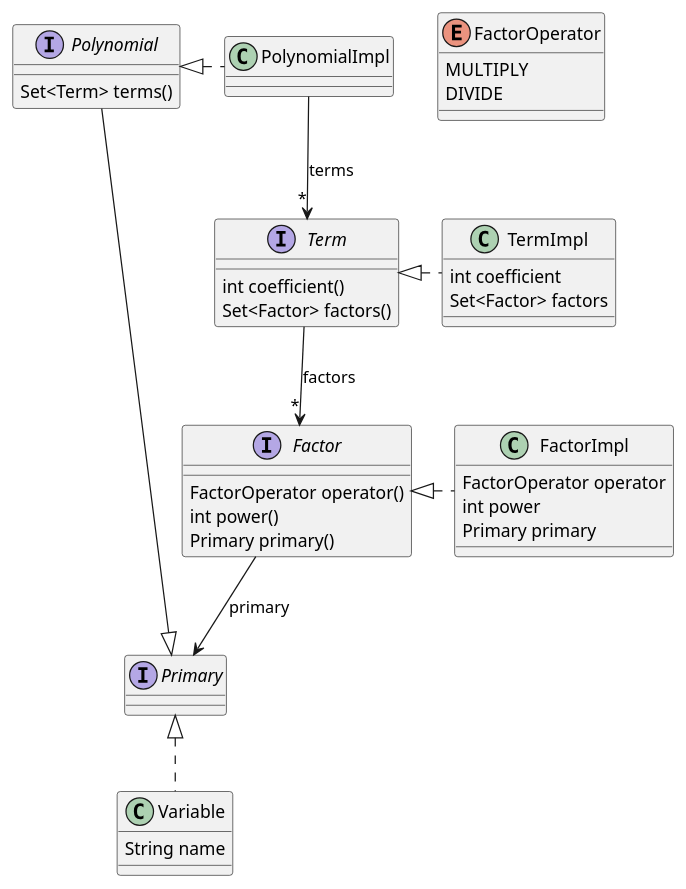
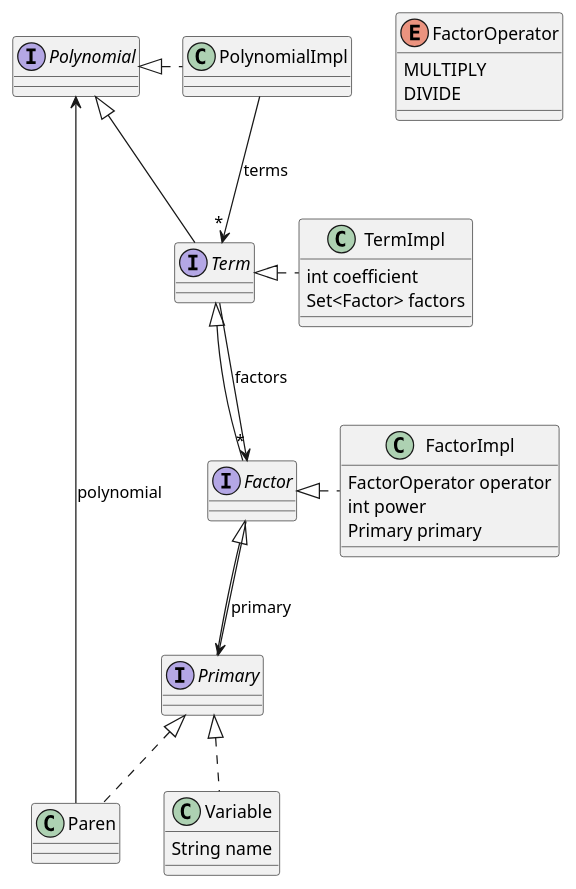
Before and after one commit to saka1029/form: the diagram in doc/classes2.plantuml, drawn with PlantUML. The commit also changed 8 other files, not shown here.

```diff
--- a/doc/classes2.plantuml
+++ b/doc/classes2.plantuml
@@ -1,40 +1,36 @@
 @startuml form
 enum FactorOperator {
     MULTIPLY
     DIVIDE
 }
-interface Polynomial {
-    Set<Term> terms()
-}
-Polynomial --|> Primary
+interface Polynomial
 class PolynomialImpl
 PolynomialImpl .left.|> Polynomial
 PolynomialImpl --> "*" Term : terms
-interface Term {
-    int coefficient()
-    Set<Factor> factors()
-}
+interface Term
+Term -up-|> Polynomial
+Term --> "*" Factor : factors
 class TermImpl {
     int coefficient
     Set<Factor> factors
 }
 TermImpl .left.|> Term
-interface Factor {
-    FactorOperator operator()
-    int power()
-    Primary primary()
-}
+interface Factor
+Factor -up-|> Term
 Factor --> Primary : primary
 class FactorImpl {
     FactorOperator operator
     int power
     Primary primary
 }
 FactorImpl .left.|> Factor
-Term --> "*" Factor : factors
 interface Primary
+Primary -up-|> Factor
 class Variable {
     String name
 }
 Variable .up.|> Primary
+class Paren
+Paren .up.|> Primary
+Paren -up-> Polynomial : polynomial
 @enduml
```
